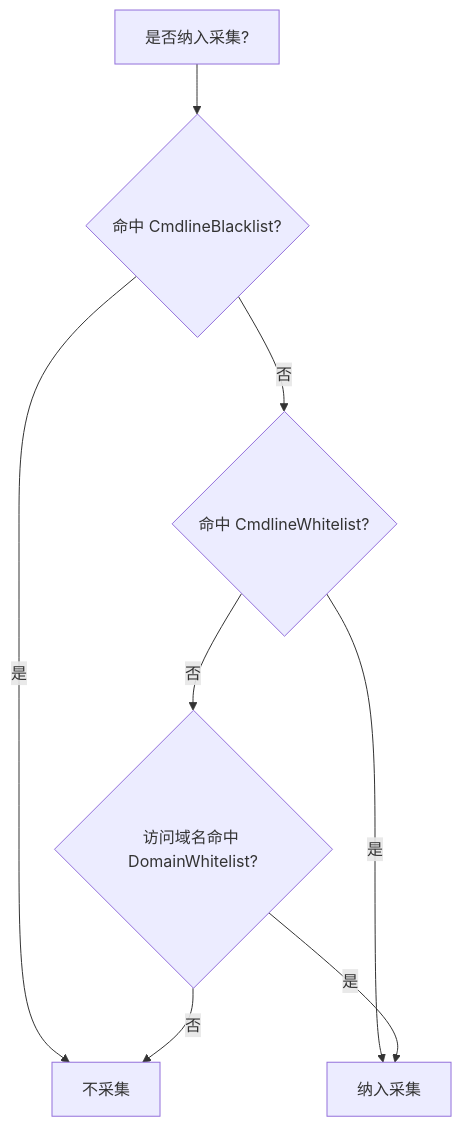
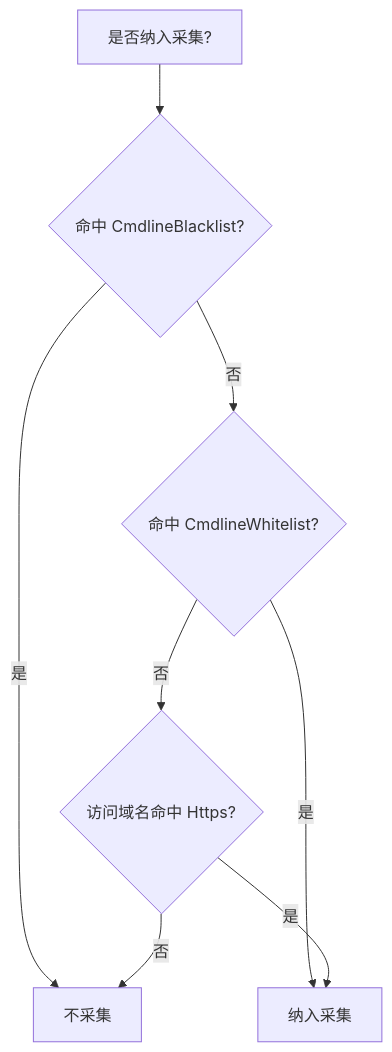
Before and after one commit to alibaba/loongcollector: the diagram in docs/cn/plugins/input/native/input_agentsight.md, drawn with Mermaid. The commit also changed other lines of this file and 8 other files, not shown here.

````diff
--- a/docs/cn/plugins/input/native/input_agentsight.md
+++ b/docs/cn/plugins/input/native/input_agentsight.md
@@ -59,10 +60,10 @@
 ```mermaid
 graph TD
     A["是否纳入采集?"] --> B{"命中 CmdlineBlacklist?"}
     B -->|是| N["不采集"]
     B -->|否| C{"命中 CmdlineWhitelist?"}
     C -->|是| Y["纳入采集"]
-    C -->|否| D{"访问域名命中 DomainWhitelist?"}
+    C -->|否| D{"访问域名命中 Https?"}
     D -->|是| Y
     D -->|否| N
 ```
````
